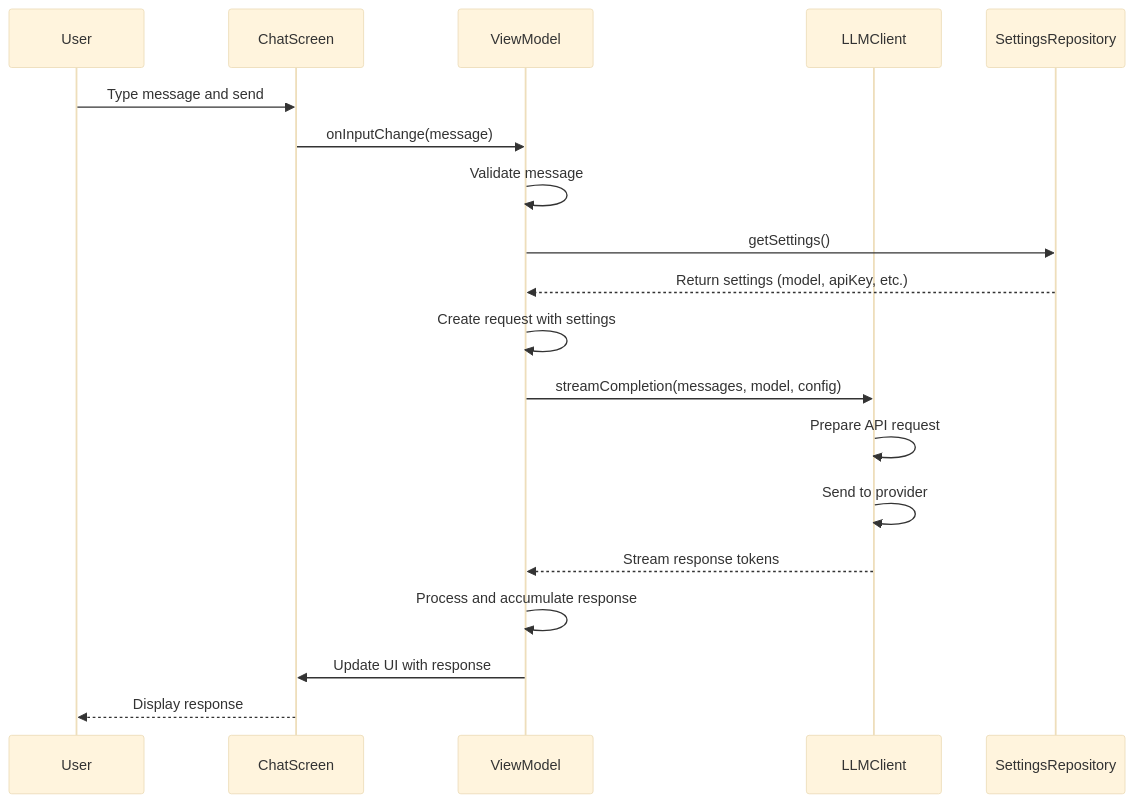
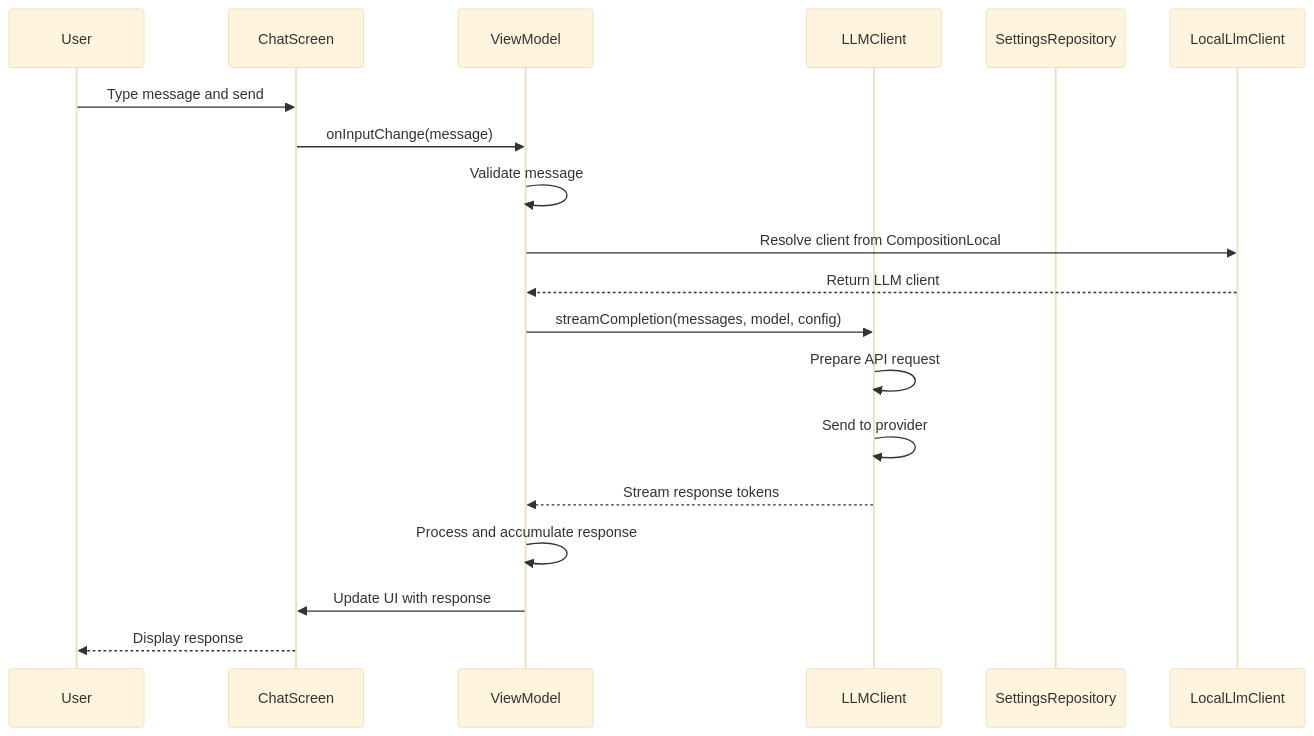
One commit to lehoang318/buddy changed the first of 10 diagrams in docs/seq_chat.md. Above: the diagram before and after it, drawn with Mermaid (base theme). The commit also changed other lines of this file and 9 other files, not shown here.

````diff
--- a/docs/seq_chat.md
+++ b/docs/seq_chat.md
@@ -7,22 +7,21 @@
 ```mermaid
 sequenceDiagram
     participant User
     participant ChatScreen
     participant ViewModel
     participant LLMClient
     participant SettingsRepository
 
     User->>ChatScreen: Type message and send
     ChatScreen->>ViewModel: onInputChange(message)
     ViewModel->>ViewModel: Validate message
-    ViewModel->>SettingsRepository: getSettings()
-    SettingsRepository-->>ViewModel: Return settings (model, apiKey, etc.)
-    ViewModel->>ViewModel: Create request with settings
+    ViewModel->>LocalLlmClient: Resolve client from CompositionLocal
+    LocalLlmClient-->>ViewModel: Return LLM client
     ViewModel->>LLMClient: streamCompletion(messages, model, config)
     LLMClient->>LLMClient: Prepare API request
     LLMClient->>LLMClient: Send to provider
     LLMClient-->>ViewModel: Stream response tokens
     ViewModel->>ViewModel: Process and accumulate response
     ViewModel->>ChatScreen: Update UI with response
     ChatScreen-->>User: Display response
 ```
````
